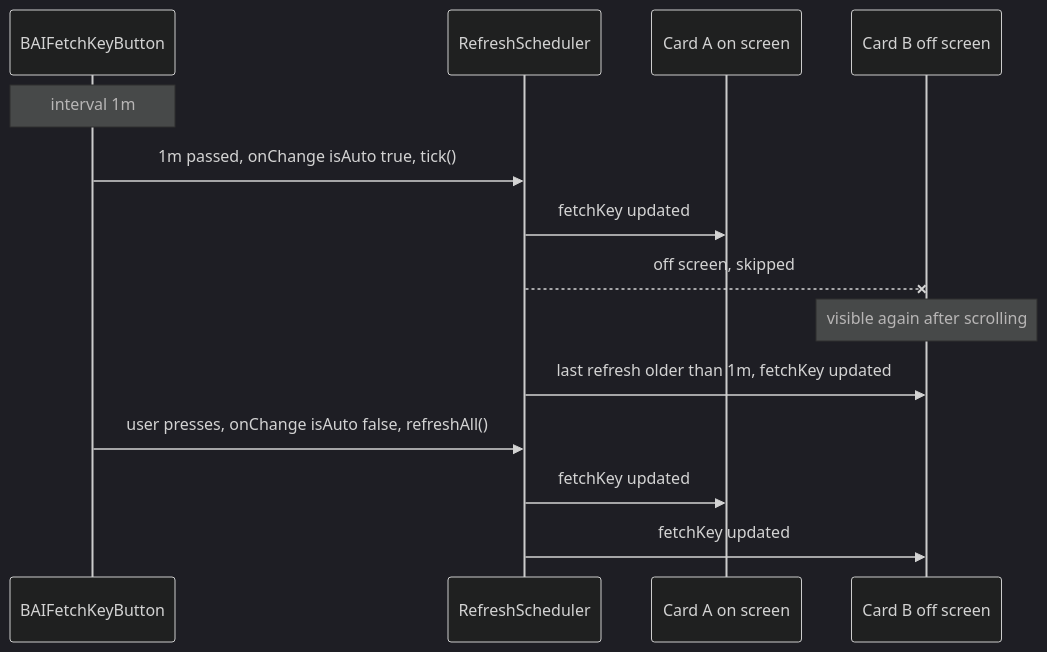
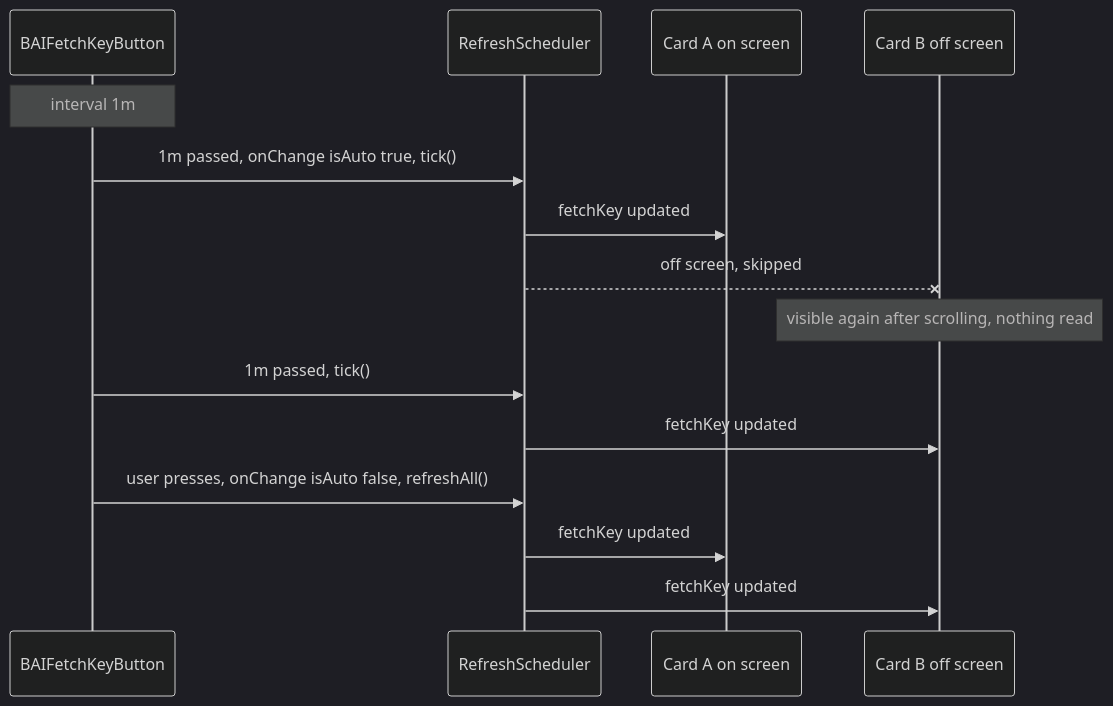
The second of 2 diagrams in docs/adr/0027-dashboard-filter-bar.md (lablup/backend.ai-webui), drawn with Mermaid (dark theme) before and after one commit. The commit also changed other lines of this file and 53 other files, not shown here.

Commit message:
feat(#10825): offer chart visualizations for custom dashboard panels (#10985)

````diff
--- a/docs/adr/0027-dashboard-filter-bar.md
+++ b/docs/adr/0027-dashboard-filter-bar.md
@@ -47,16 +47,17 @@
 ```mermaid
 sequenceDiagram
   participant C as BAIFetchKeyButton
   participant T as RefreshScheduler
   participant A as Card A on screen
   participant B as Card B off screen
   Note over C: interval 1m
   C->>T: 1m passed, onChange isAuto true, tick()
   T->>A: fetchKey updated
   T--xB: off screen, skipped
-  Note over B: visible again after scrolling
-  T->>B: last refresh older than 1m, fetchKey updated
+  Note over B: visible again after scrolling, nothing read
+  C->>T: 1m passed, tick()
+  T->>B: fetchKey updated
   C->>T: user presses, onChange isAuto false, refreshAll()
   T->>A: fetchKey updated
   T->>B: fetchKey updated
 ```
````
